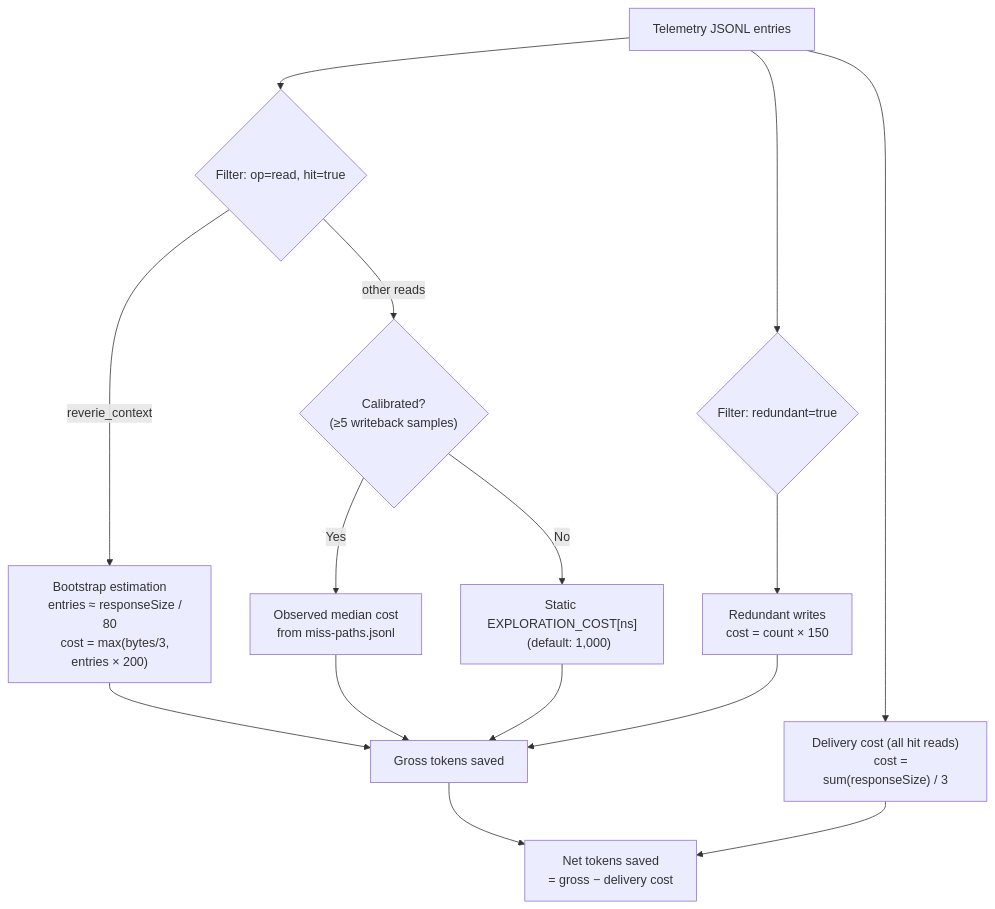
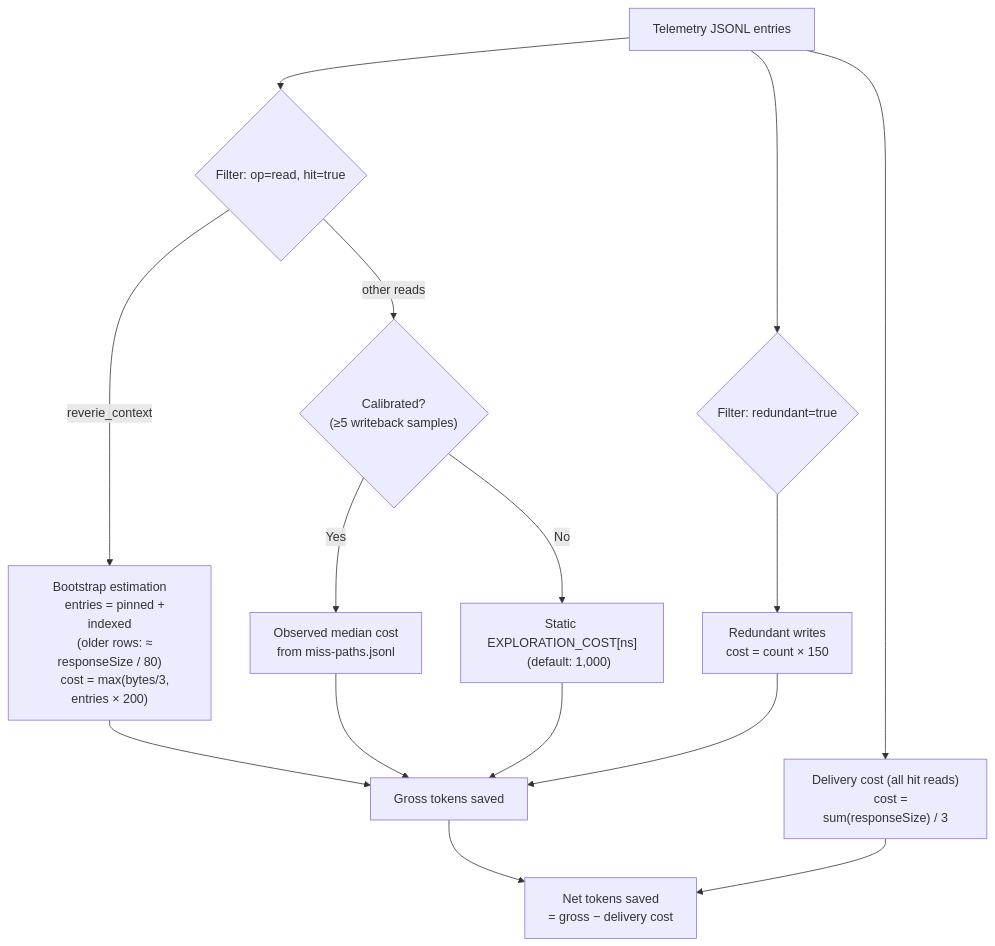
The fifth of 6 diagrams in docs/token-savings.md (seabearDEV/Reverie), drawn with Mermaid before and after one commit. The commit also changed other lines of this file and 4 other files, not shown here.

````diff
--- a/docs/token-savings.md
+++ b/docs/token-savings.md
@@ -320,28 +322,29 @@
 ```mermaid
 flowchart TD
     T["Telemetry JSONL entries"] --> F{"Filter: op=read, hit=true"}
     F -->|reverie_context| B["Bootstrap estimation
-    entries ≈ responseSize / 80
+    entries = pinned + indexed
+    (older rows: ≈ responseSize / 80)
     cost = max(bytes/3, entries × 200)"]
     F -->|other reads| CAL{"Calibrated?
     (≥5 writeback samples)"}
     CAL -->|Yes| OBS["Observed median cost
     from miss-paths.jsonl"]
     CAL -->|No| STATIC["Static EXPLORATION_COST[ns]
     (default: 1,000)"]
     T --> R{"Filter: redundant=true"}
     R --> RW["Redundant writes
     cost = count × 150"]
 
     B --> GROSS["Gross tokens saved"]
     OBS --> GROSS
     STATIC --> GROSS
     RW --> GROSS
 
     T --> DC["Delivery cost (all hit reads)
     cost = sum(responseSize) / 3"]
 
     GROSS --> NET["Net tokens saved
     = gross − delivery cost"]
     DC --> NET
 ```
````
